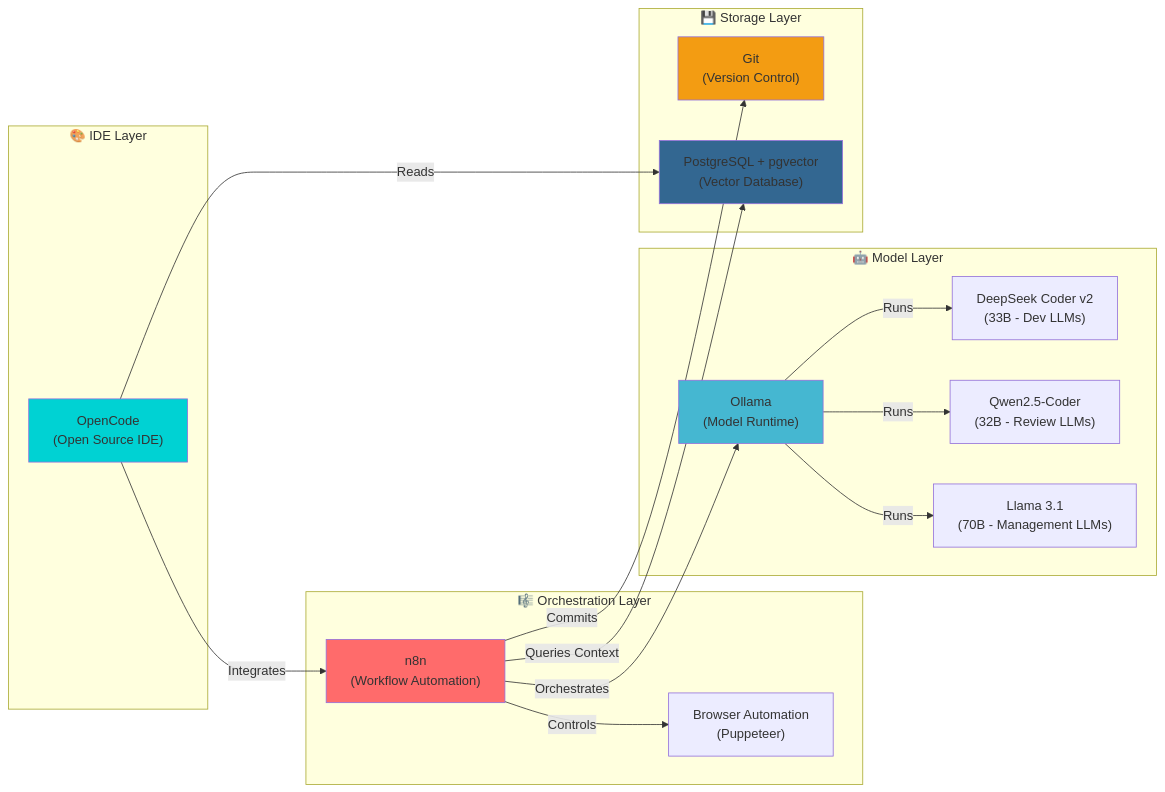
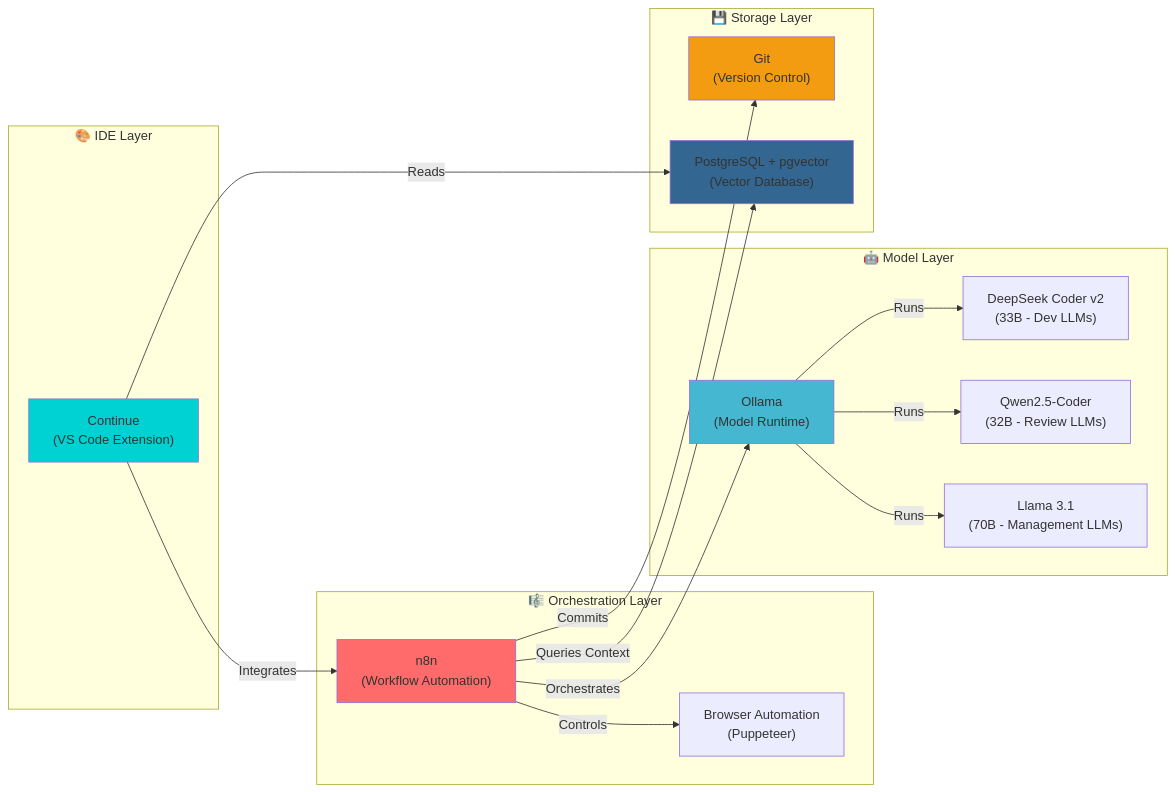
One commit to rubenvdlinde/rubenlinde changed the fourth of 13 diagrams in blog/personal/2025-01-26-lokale-ai-dev-omgeving.md. Above: the diagram before and after it, drawn with Mermaid. The commit also changed other lines of this file, not shown here.

Commit message:
Add comprehensive setup guide: Docker Compose config for easy deployment (Windows/Mac/Linux), native install instructions, Continue IDE alternatives (vs OpenCode), step-by-step Windows GPU setup, troubleshooting section, resource requirements

````diff
--- a/blog/personal/2025-01-26-lokale-ai-dev-omgeving.md
+++ b/blog/personal/2025-01-26-lokale-ai-dev-omgeving.md
@@ -333,39 +333,39 @@
 ```mermaid
 graph LR
     subgraph IDE["🎨 IDE Layer"]
-        OpenCode["OpenCode<br/>(Open Source IDE)"]
+        Continue["Continue<br/>(VS Code Extension)"]
     end
 
     subgraph Orchestration["🎼 Orchestration Layer"]
         n8n["n8n<br/>(Workflow Automation)"]
         Browser["Browser Automation<br/>(Puppeteer)"]
     end
 
     subgraph Models["🤖 Model Layer"]
         Ollama["Ollama<br/>(Model Runtime)"]
         DeepSeek["DeepSeek Coder v2<br/>(33B - Dev LLMs)"]
         Qwen["Qwen2.5-Coder<br/>(32B - Review LLMs)"]
         Llama["Llama 3.1<br/>(70B - Management LLMs)"]
     end
 
     subgraph Storage["💾 Storage Layer"]
         Git["Git<br/>(Version Control)"]
         PG["PostgreSQL + pgvector<br/>(Vector Database)"]
     end
 
-    OpenCode -->|Integrates| n8n
+    Continue -->|Integrates| n8n
     n8n -->|Orchestrates| Ollama
     n8n -->|Controls| Browser
     Ollama -->|Runs| DeepSeek
     Ollama -->|Runs| Qwen
     Ollama -->|Runs| Llama
     n8n -->|Commits| Git
     n8n -->|Queries Context| PG
-    OpenCode -->|Reads| PG
+    Continue -->|Reads| PG
 
-    style OpenCode fill:#00d2d3
+    style Continue fill:#00d2d3
     style n8n fill:#ff6b6b
     style Ollama fill:#45b7d1
     style Git fill:#f39c12
     style PG fill:#336791
 ```
````
